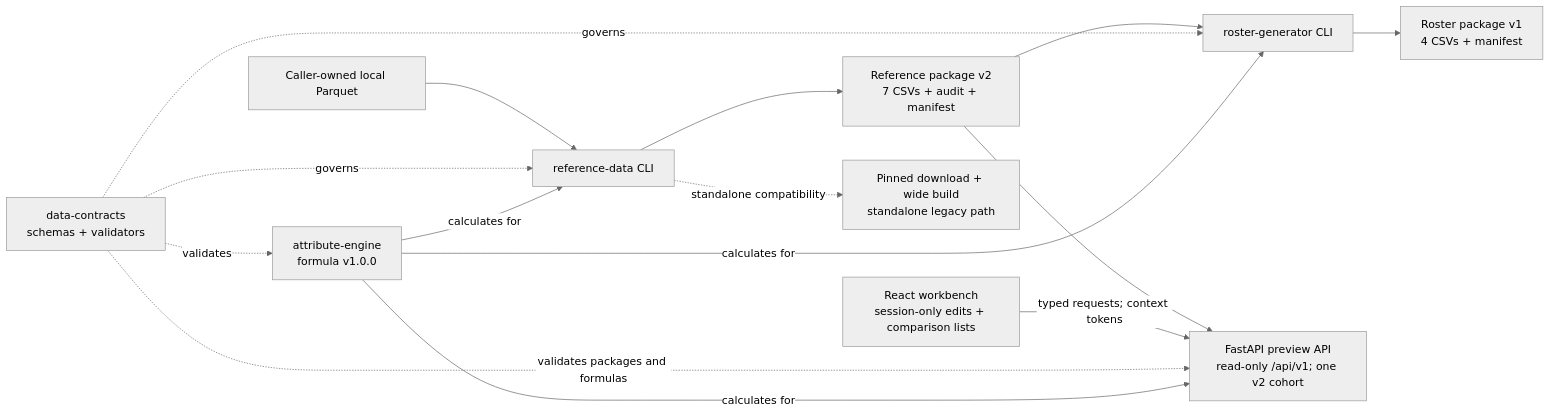
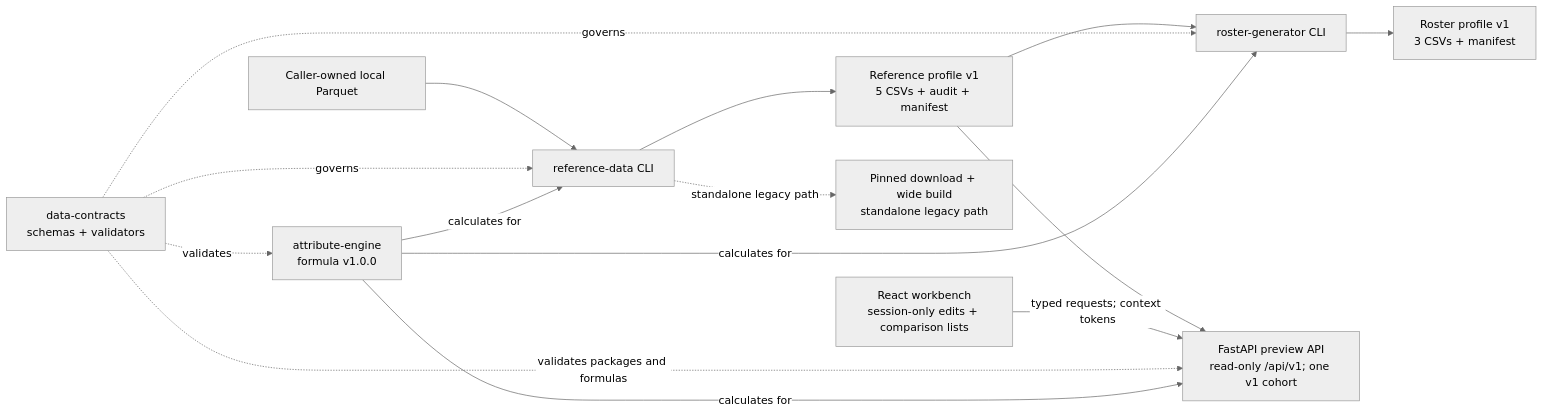
The first of 4 diagrams in docs/presentations/PLAYER_GENERATOR_TECHNICAL_OVERVIEW.md (jimmie-potts/player-generator), drawn with Mermaid (neutral theme) before and after one commit. The commit also changed other lines of this file and 65 other files, not shown here.

````diff
--- a/docs/presentations/PLAYER_GENERATOR_TECHNICAL_OVERVIEW.md
+++ b/docs/presentations/PLAYER_GENERATOR_TECHNICAL_OVERVIEW.md
@@ -79,25 +79,25 @@
 ```mermaid
 flowchart LR
     local["Caller-owned local Parquet"]
     reference["reference-data CLI"]
-    refpkg["Reference package v2<br/>7 CSVs + audit + manifest"]
+    refpkg["Reference profile v1<br/>5 CSVs + audit + manifest"]
     roster["roster-generator CLI"]
-    rosterpkg["Roster package v1<br/>4 CSVs + manifest"]
+    rosterpkg["Roster profile v1<br/>3 CSVs + manifest"]
     contracts["data-contracts<br/>schemas + validators"]
     engine["attribute-engine<br/>formula v1.0.0"]
-    api["FastAPI preview API<br/>read-only /api/v1; one v2 cohort"]
+    api["FastAPI preview API<br/>read-only /api/v1; one v1 cohort"]
     workbench["React workbench<br/>session-only edits + comparison lists"]
     legacy["Pinned download + wide build<br/>standalone legacy path"]
 
     local --> reference --> refpkg --> roster --> rosterpkg
     refpkg --> api
     workbench -->|typed requests; context tokens| api
     contracts -. governs .-> reference
     contracts -. governs .-> roster
     contracts -. validates packages and formulas .-> api
     contracts -. validates .-> engine
     engine -->|calculates for| reference
     engine -->|calculates for| roster
     engine -->|calculates for| api
-    reference -. standalone compatibility .-> legacy
+    reference -. standalone legacy path .-> legacy
 ```
````
